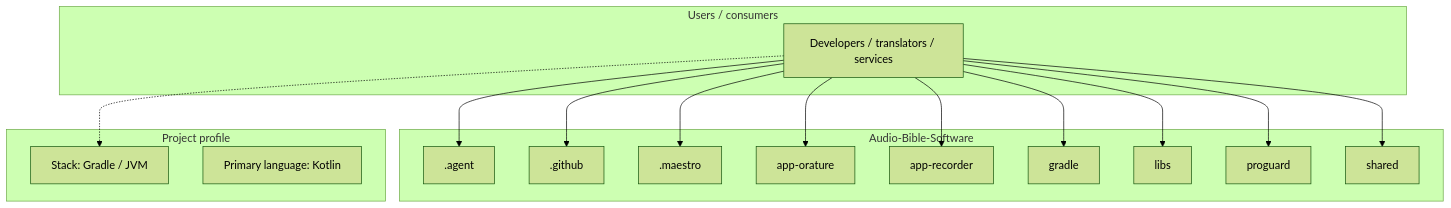
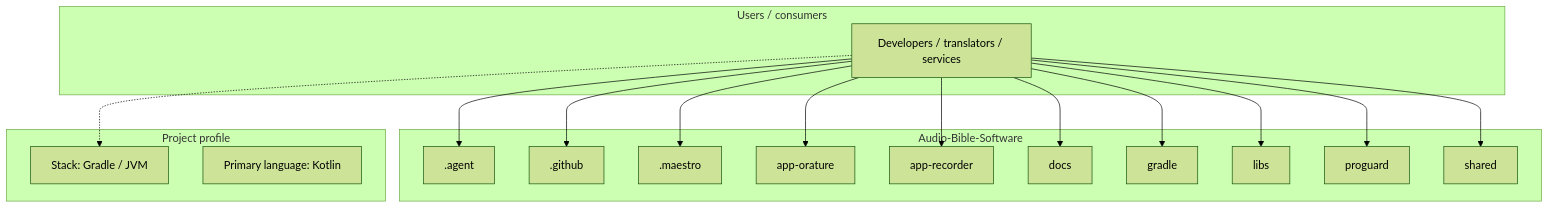
Before and after one commit to AnonymousWalker/project-repos-diagram: the first of 3 diagrams in architecture/Bible-Translation-Tools/Audio-Bible-Software-architecture.md, drawn with Mermaid (forest theme). The commit also changed other lines of this file and 2 other files, not shown here.

Commit message:
chore: refresh architecture diagrams

````diff
--- a/architecture/Bible-Translation-Tools/Audio-Bible-Software-architecture.md
+++ b/architecture/Bible-Translation-Tools/Audio-Bible-Software-architecture.md
@@ -9,34 +9,36 @@
 ```mermaid
 flowchart TB
   subgraph users["Users / consumers"]
     Users["Developers / translators / services"]
   end
 
   subgraph project["Audio-Bible-Software"]
     M0[".agent"]
     M1[".github"]
     M2[".maestro"]
     M3["app-orature"]
     M4["app-recorder"]
-    M5["gradle"]
-    M6["libs"]
-    M7["proguard"]
-    M8["shared"]
+    M5["docs"]
+    M6["gradle"]
+    M7["libs"]
+    M8["proguard"]
+    M9["shared"]
   end
 
   subgraph meta["Project profile"]
     Stack["Stack: Gradle / JVM"]
     Lang["Primary language: Kotlin"]
   end
 
   Users --> M0
   Users --> M1
   Users --> M2
   Users --> M3
   Users --> M4
   Users --> M5
   Users --> M6
   Users --> M7
   Users --> M8
+  Users --> M9
   Users -.-> Stack
 ```
````
